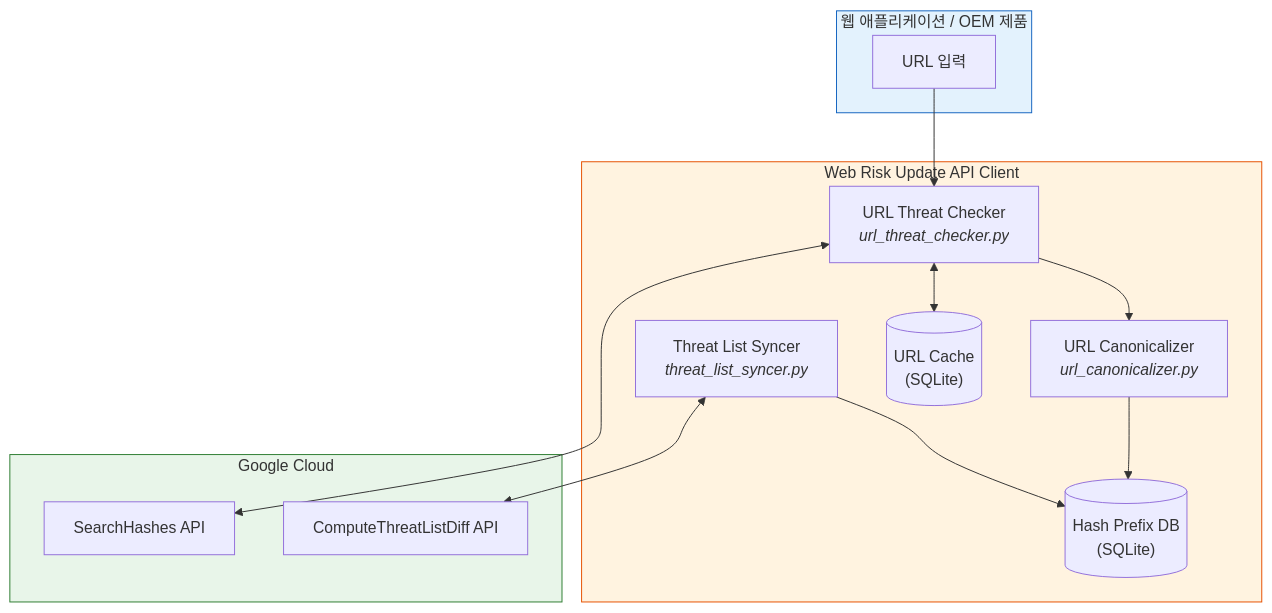
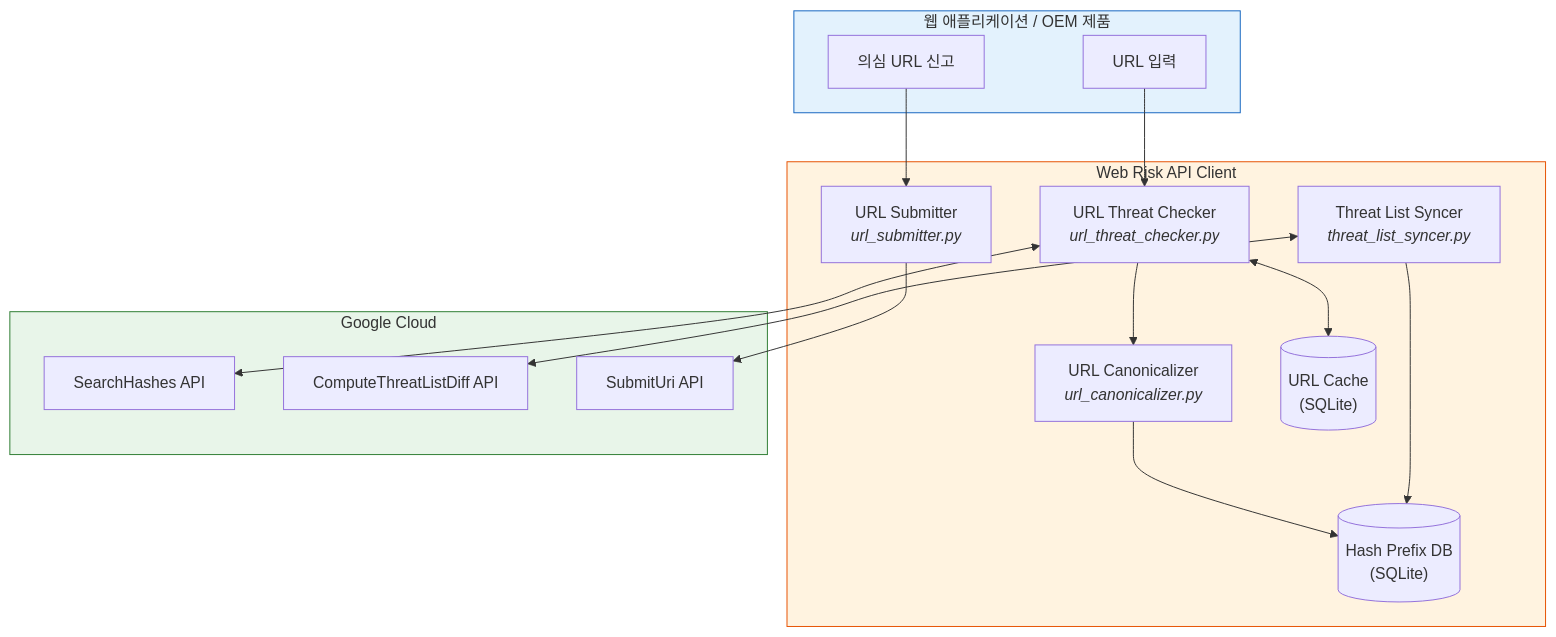
The first of 9 diagrams in WORKFLOW_GUIDE.md (kataroya/web-risk-cli), drawn with Mermaid before and after one commit. The commit also changed other lines of this file and 5 other files, not shown here.

Commit message:
feat: Add Submit URI functionality for reporting suspicious URLs to Google Web Risk

````diff
--- a/WORKFLOW_GUIDE.md
+++ b/WORKFLOW_GUIDE.md
@@ -26,31 +27,36 @@
 ```mermaid
 graph TB
     subgraph APP["웹 애플리케이션 / OEM 제품"]
         URL_INPUT["URL 입력"]
+        SUSPICIOUS["의심 URL 신고"]
     end
 
-    subgraph CLIENT["Web Risk Update API Client"]
+    subgraph CLIENT["Web Risk API Client"]
         CHECKER["URL Threat Checker<br/><i>url_threat_checker.py</i>"]
         CANON["URL Canonicalizer<br/><i>url_canonicalizer.py</i>"]
         SYNCER["Threat List Syncer<br/><i>threat_list_syncer.py</i>"]
+        SUBMITTER["URL Submitter<br/><i>url_submitter.py</i>"]
         CACHE[("URL Cache<br/>(SQLite)")]
         HASHDB[("Hash Prefix DB<br/>(SQLite)")]
     end
 
     subgraph GOOGLE["Google Cloud"]
         SEARCH_API["SearchHashes API"]
         DIFF_API["ComputeThreatListDiff API"]
+        SUBMIT_API["SubmitUri API"]
     end
 
     URL_INPUT --> CHECKER
     CHECKER <--> CACHE
     CHECKER --> CANON
     CHECKER <--> SEARCH_API
     CANON --> HASHDB
     SYNCER <--> DIFF_API
     SYNCER --> HASHDB
+    SUSPICIOUS --> SUBMITTER
+    SUBMITTER --> SUBMIT_API
 
     style APP fill:#e3f2fd,stroke:#1565c0
     style CLIENT fill:#fff3e0,stroke:#e65100
     style GOOGLE fill:#e8f5e9,stroke:#2e7d32
 ```
````
